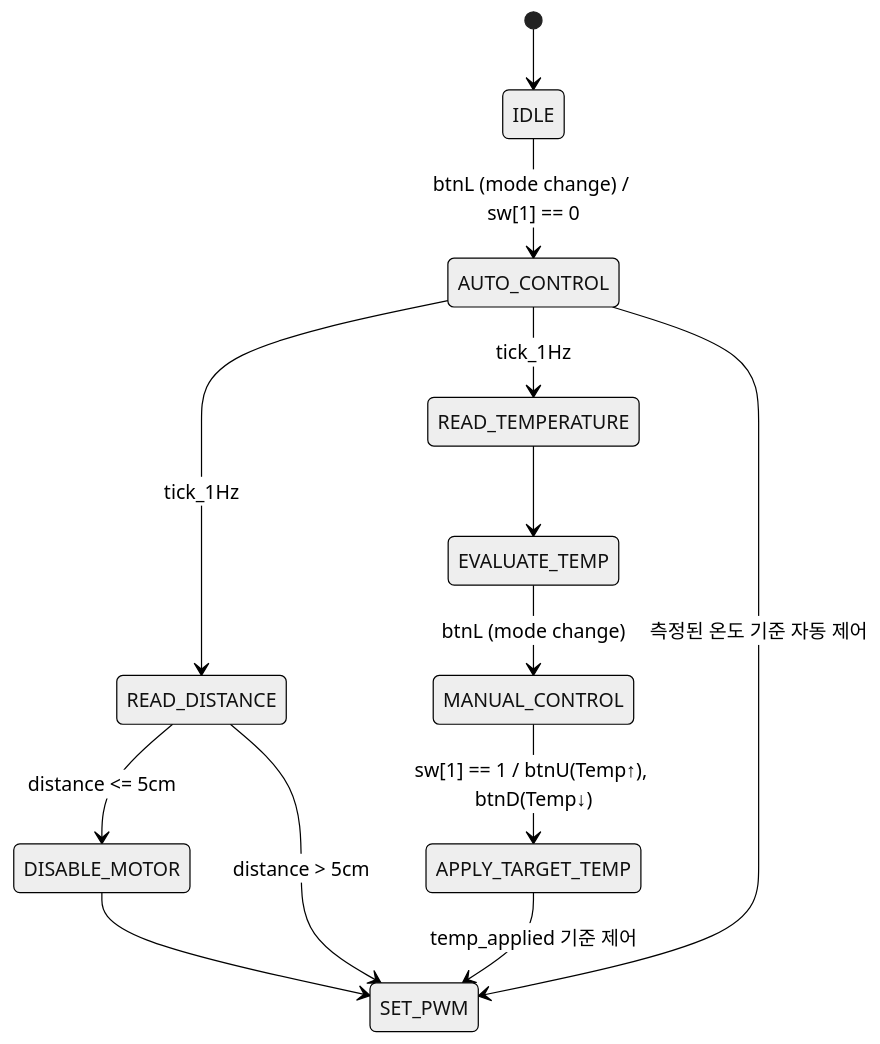
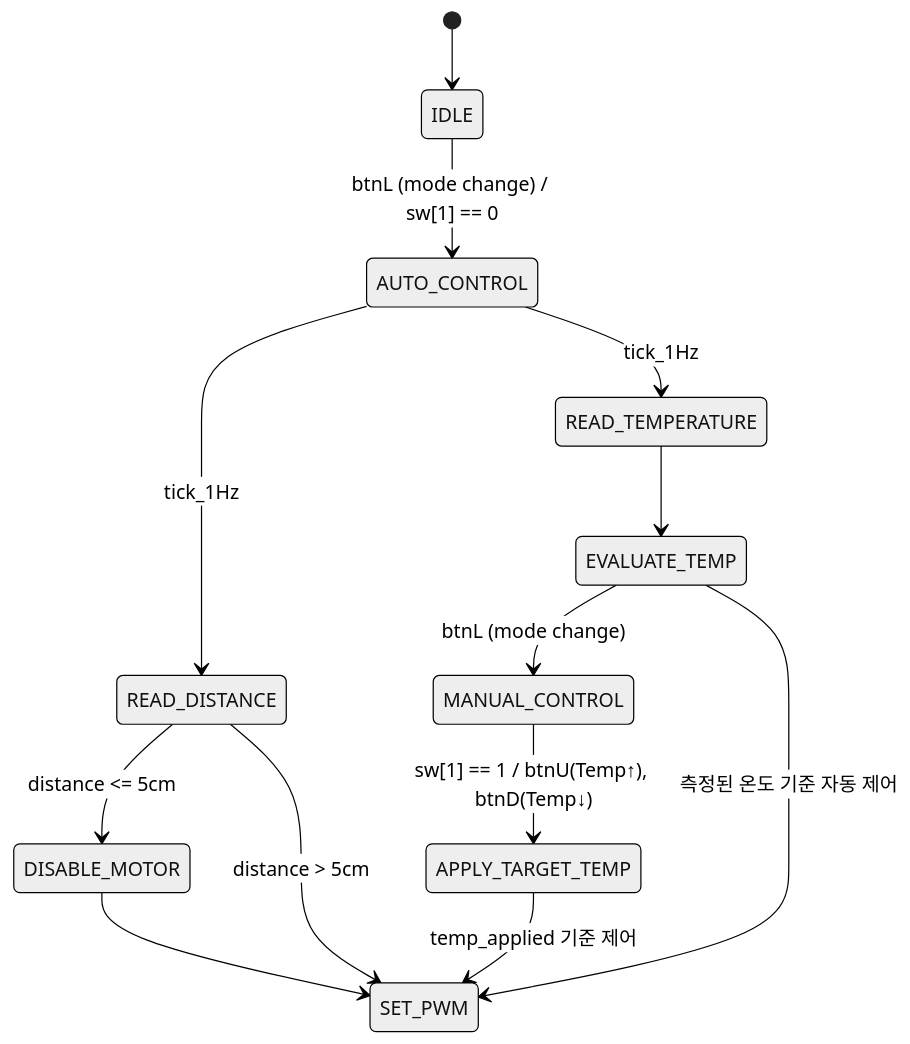
The third of 5 diagrams in 15.BESPOKE/README.md (SE0NGH0/AI_Verilog_HDL), drawn with Mermaid (neutral theme) before and after one commit.

````diff
--- a/15.BESPOKE/README.md
+++ b/15.BESPOKE/README.md
@@ -94,15 +94,15 @@
 ```mermaid
 stateDiagram-v2
     [*] --> IDLE
     IDLE --> AUTO_CONTROL: btnL (mode change) / sw[1] == 0
     AUTO_CONTROL --> READ_DISTANCE: tick_1Hz
     AUTO_CONTROL --> READ_TEMPERATURE: tick_1Hz
     READ_DISTANCE --> DISABLE_MOTOR: distance <= 5cm
     READ_DISTANCE --> SET_PWM: distance > 5cm
     READ_TEMPERATURE --> EVALUATE_TEMP
     EVALUATE_TEMP --> MANUAL_CONTROL: btnL (mode change)
     MANUAL_CONTROL --> APPLY_TARGET_TEMP: sw[1] == 1 / btnU(Temp↑), btnD(Temp↓)
     APPLY_TARGET_TEMP --> SET_PWM: temp_applied 기준 제어
-    AUTO_CONTROL --> SET_PWM: 측정된 온도 기준 자동 제어
+    EVALUATE_TEMP --> SET_PWM: 측정된 온도 기준 자동 제어
     DISABLE_MOTOR --> SET_PWM
 ```
````
